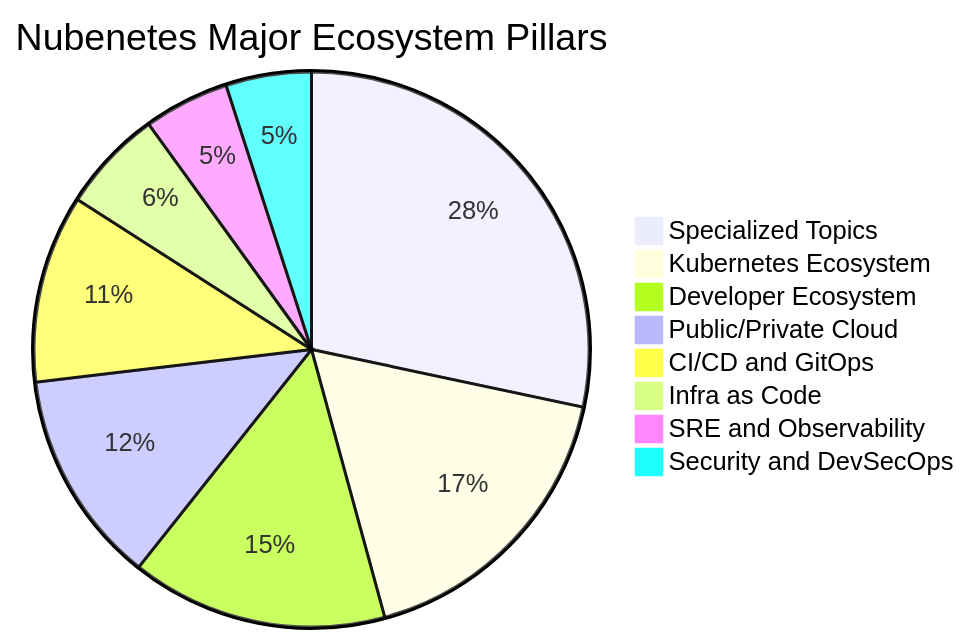
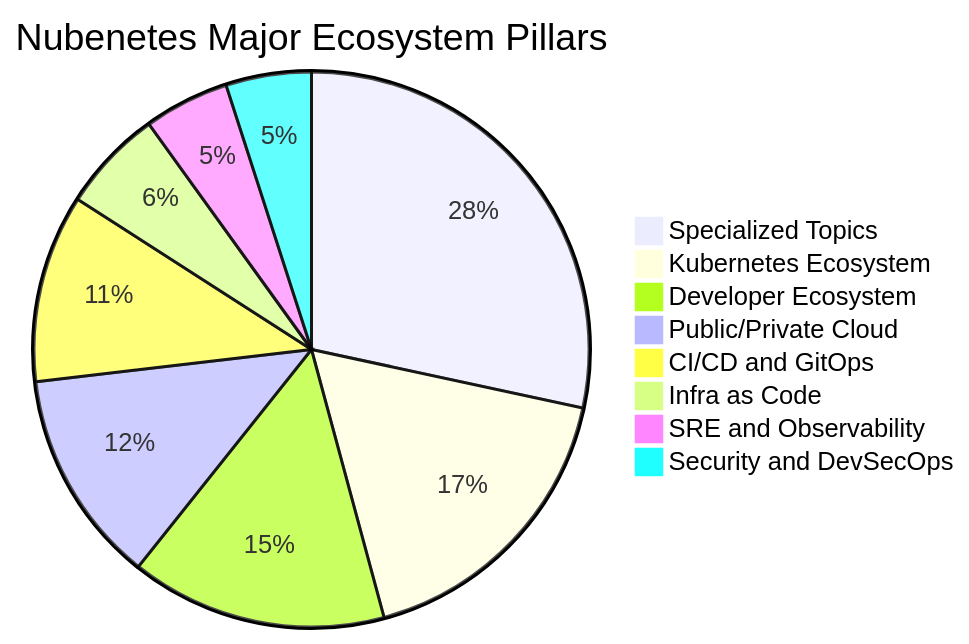
One commit to nubenetes/awesome-kubernetes changed the second of 14 diagrams in README.md. Above: the diagram before and after it, drawn with Mermaid. The commit also changed other lines of this file and 6 other files, not shown here.

````diff
--- a/README.md
+++ b/README.md
@@ -308,11 +308,11 @@
 ```mermaid
 pie title Nubenetes Major Ecosystem Pillars
-    "Specialized Topics" : 5692
+    "Specialized Topics" : 5707
     "Kubernetes Ecosystem" : 3500
     "Developer Ecosystem" : 3000
     "Public/Private Cloud" : 2500
     "CI/CD and GitOps" : 2200
     "Infra as Code" : 1200
     "SRE and Observability" : 1000
     "Security and DevSecOps" : 1000
 ```
````
